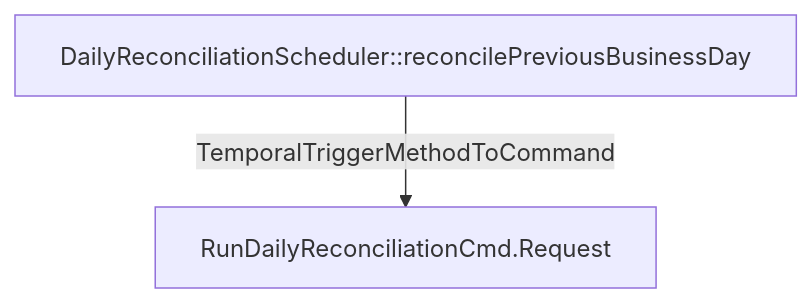
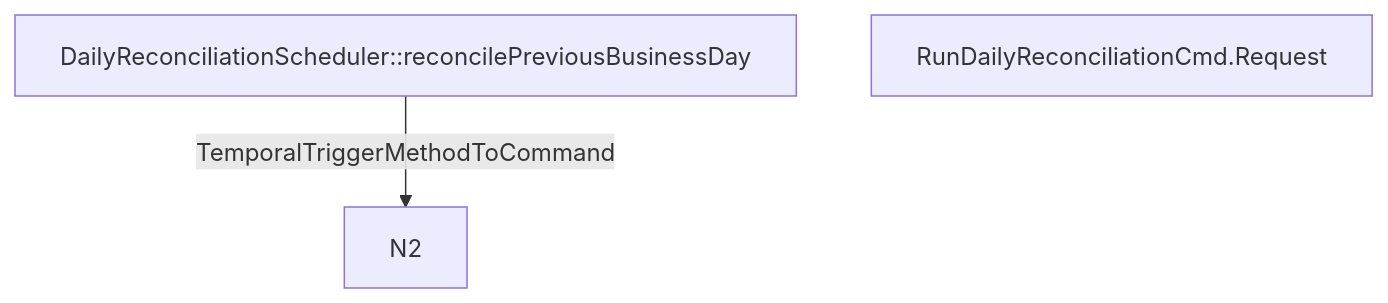
One commit to LDmoxeii/cap4k-reference-payment changed the diagram in flows/com_only4_cap4k_reference_payment_adapter_start_DailyReconciliationScheduler_rec.mmd. Above: the diagram before and after it, drawn with Mermaid. The commit also changed 50 other files, not shown here.

```diff
--- a/flows/com_only4_cap4k_reference_payment_adapter_start_DailyReconciliationScheduler_rec.mmd
+++ b/flows/com_only4_cap4k_reference_payment_adapter_start_DailyReconciliationScheduler_rec.mmd
@@ -1,4 +1,4 @@
 flowchart TD
   N1["DailyReconciliationScheduler::reconcilePreviousBusinessDay"]
   N2["RunDailyReconciliationCmd.Request"]
-  N1 -->|TemporalTriggerMethodToCommand| N2
+  N1 -->|TemporalTriggerMethodToCommand| N2\n
```
